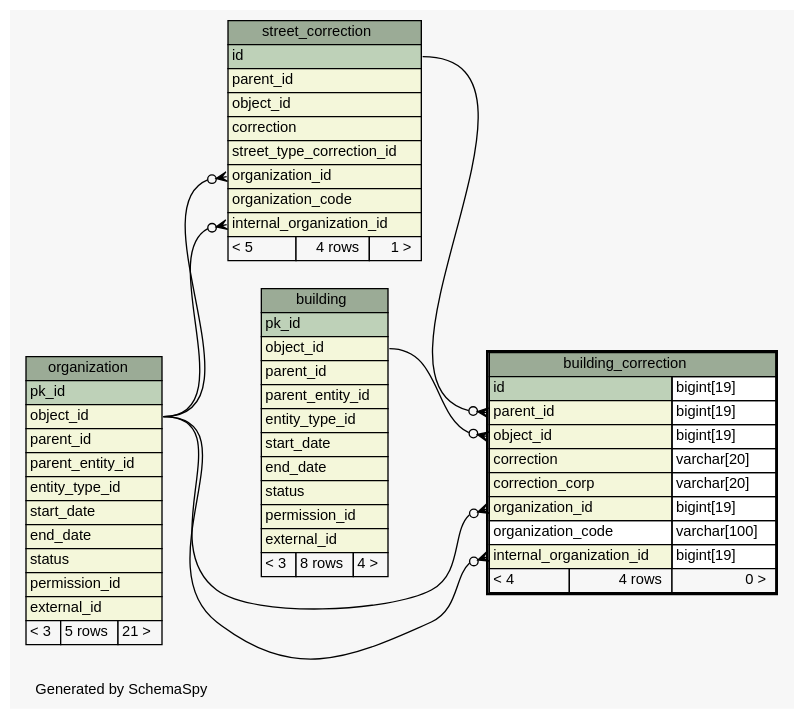
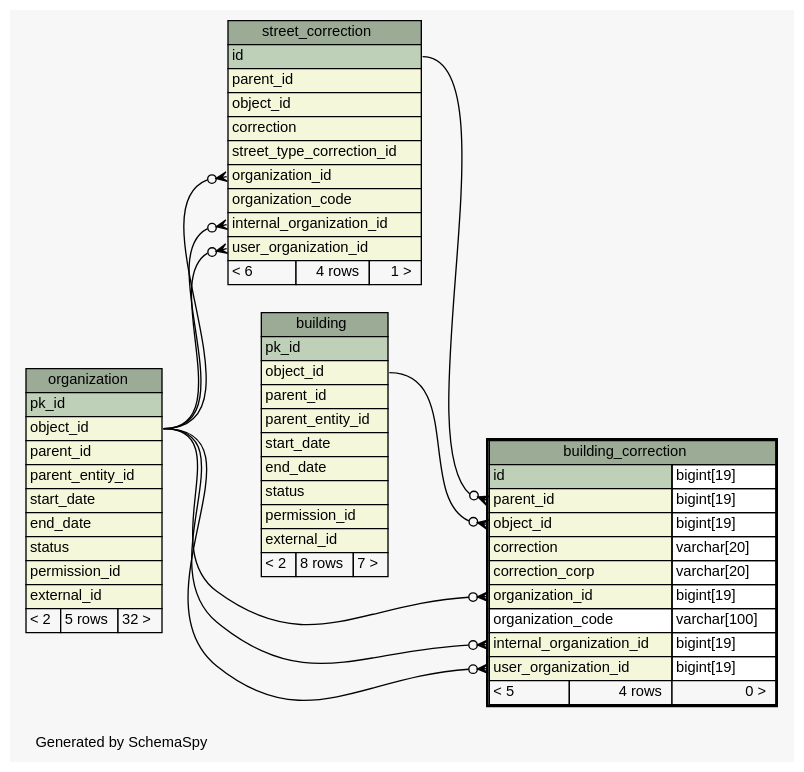
The diagram in osznconnection-db/doc/osznconnection/diagrams/building_correction.1degree.dot (complitex/svn_osznconnection), drawn with Graphviz before and after one commit. The commit also changed 477 other files, not shown here.

Commit message:
Re-generated outdated schema visualization

```diff
--- a/osznconnection-db/doc/osznconnection/diagrams/building_correction.1degree.dot
+++ b/osznconnection-db/doc/osznconnection/diagrams/building_correction.1degree.dot
@@ -1,100 +1,102 @@
 // dot 2.28.0 on Windows 7 6.1
 // SchemaSpy rev 590
 digraph "oneDegreeRelationshipsDiagram" {
   graph [
     rankdir="RL"
     bgcolor="#f7f7f7"
     label="\nGenerated by SchemaSpy"
     labeljust="l"
     nodesep="0.18"
     ranksep="0.46"
     fontname="Helvetica"
     fontsize="11"
   ];
   node [
     fontname="Helvetica"
     fontsize="11"
     shape="plaintext"
   ];
   edge [
     arrowsize="0.8"
   ];
   "building_correction":"internal_organization_id":w -> "organization":"object_id":e [arrowhead=none dir=back arrowtail=crowodot];
   "building_correction":"object_id":w -> "building":"object_id":e [arrowhead=none dir=back arrowtail=crowodot];
   "building_correction":"organization_id":w -> "organization":"object_id":e [arrowhead=none dir=back arrowtail=crowodot];
   "building_correction":"parent_id":w -> "street_correction":"id":e [arrowhead=none dir=back arrowtail=crowodot];
+  "building_correction":"user_organization_id":w -> "organization":"object_id":e [arrowhead=none dir=back arrowtail=crowodot];
   "street_correction":"internal_organization_id":w -> "organization":"object_id":e [arrowhead=none dir=back arrowtail=crowodot];
   "street_correction":"organization_id":w -> "organization":"object_id":e [arrowhead=none dir=back arrowtail=crowodot];
+  "street_correction":"user_organization_id":w -> "organization":"object_id":e [arrowhead=none dir=back arrowtail=crowodot];
   "building" [
     label=<
     <TABLE BORDER="0" CELLBORDER="1" CELLSPACING="0" BGCOLOR="#ffffff">
       <TR><TD COLSPAN="3" BGCOLOR="#9bab96" ALIGN="CENTER">building</TD></TR>
       <TR><TD PORT="pk_id" COLSPAN="3" BGCOLOR="#bed1b8" ALIGN="LEFT">pk_id</TD></TR>
       <TR><TD PORT="object_id" COLSPAN="3" BGCOLOR="#f4f7da" ALIGN="LEFT">object_id</TD></TR>
       <TR><TD PORT="parent_id" COLSPAN="3" BGCOLOR="#f4f7da" ALIGN="LEFT">parent_id</TD></TR>
       <TR><TD PORT="parent_entity_id" COLSPAN="3" BGCOLOR="#f4f7da" ALIGN="LEFT">parent_entity_id</TD></TR>
-      <TR><TD PORT="entity_type_id" COLSPAN="3" BGCOLOR="#f4f7da" ALIGN="LEFT">entity_type_id</TD></TR>
       <TR><TD PORT="start_date" COLSPAN="3" BGCOLOR="#f4f7da" ALIGN="LEFT">start_date</TD></TR>
       <TR><TD PORT="end_date" COLSPAN="3" BGCOLOR="#f4f7da" ALIGN="LEFT">end_date</TD></TR>
       <TR><TD PORT="status" COLSPAN="3" BGCOLOR="#f4f7da" ALIGN="LEFT">status</TD></TR>
       <TR><TD PORT="permission_id" COLSPAN="3" BGCOLOR="#f4f7da" ALIGN="LEFT">permission_id</TD></TR>
       <TR><TD PORT="external_id" COLSPAN="3" BGCOLOR="#f4f7da" ALIGN="LEFT">external_id</TD></TR>
-      <TR><TD ALIGN="LEFT" BGCOLOR="#f7f7f7">&lt; 3</TD><TD ALIGN="RIGHT" BGCOLOR="#f7f7f7">8 rows</TD><TD ALIGN="RIGHT" BGCOLOR="#f7f7f7">4 &gt;</TD></TR>
+      <TR><TD ALIGN="LEFT" BGCOLOR="#f7f7f7">&lt; 2</TD><TD ALIGN="RIGHT" BGCOLOR="#f7f7f7">8 rows</TD><TD ALIGN="RIGHT" BGCOLOR="#f7f7f7">7 &gt;</TD></TR>
     </TABLE>>
     URL="building.html"
     tooltip="building"
   ];
   "building_correction" [
     label=<
     <TABLE BORDER="2" CELLBORDER="1" CELLSPACING="0" BGCOLOR="#ffffff">
       <TR><TD COLSPAN="3" BGCOLOR="#9bab96" ALIGN="CENTER">building_correction</TD></TR>
       <TR><TD PORT="id" COLSPAN="2" BGCOLOR="#bed1b8" ALIGN="LEFT">id</TD><TD PORT="id.type" ALIGN="LEFT">bigint[19]</TD></TR>
       <TR><TD PORT="parent_id" COLSPAN="2" BGCOLOR="#f4f7da" ALIGN="LEFT">parent_id</TD><TD PORT="parent_id.type" ALIGN="LEFT">bigint[19]</TD></TR>
       <TR><TD PORT="object_id" COLSPAN="2" BGCOLOR="#f4f7da" ALIGN="LEFT">object_id</TD><TD PORT="object_id.type" ALIGN="LEFT">bigint[19]</TD></TR>
       <TR><TD PORT="correction" COLSPAN="2" BGCOLOR="#f4f7da" ALIGN="LEFT">correction</TD><TD PORT="correction.type" ALIGN="LEFT">varchar[20]</TD></TR>
       <TR><TD PORT="correction_corp" COLSPAN="2" BGCOLOR="#f4f7da" ALIGN="LEFT">correction_corp</TD><TD PORT="correction_corp.type" ALIGN="LEFT">varchar[20]</TD></TR>
       <TR><TD PORT="organization_id" COLSPAN="2" BGCOLOR="#f4f7da" ALIGN="LEFT">organization_id</TD><TD PORT="organization_id.type" ALIGN="LEFT">bigint[19]</TD></TR>
       <TR><TD PORT="organization_code" COLSPAN="2" ALIGN="LEFT">organization_code</TD><TD PORT="organization_code.type" ALIGN="LEFT">varchar[100]</TD></TR>
       <TR><TD PORT="internal_organization_id" COLSPAN="2" BGCOLOR="#f4f7da" ALIGN="LEFT">internal_organization_id</TD><TD PORT="internal_organization_id.type" ALIGN="LEFT">bigint[19]</TD></TR>
-      <TR><TD ALIGN="LEFT" BGCOLOR="#f7f7f7">&lt; 4</TD><TD ALIGN="RIGHT" BGCOLOR="#f7f7f7">4 rows</TD><TD ALIGN="RIGHT" BGCOLOR="#f7f7f7">0 &gt;</TD></TR>
+      <TR><TD PORT="user_organization_id" COLSPAN="2" BGCOLOR="#f4f7da" ALIGN="LEFT">user_organization_id</TD><TD PORT="user_organization_id.type" ALIGN="LEFT">bigint[19]</TD></TR>
+      <TR><TD ALIGN="LEFT" BGCOLOR="#f7f7f7">&lt; 5</TD><TD ALIGN="RIGHT" BGCOLOR="#f7f7f7">4 rows</TD><TD ALIGN="RIGHT" BGCOLOR="#f7f7f7">0 &gt;</TD></TR>
     </TABLE>>
     URL="building_correction.html"
     tooltip="building_correction"
   ];
   "organization" [
     label=<
     <TABLE BORDER="0" CELLBORDER="1" CELLSPACING="0" BGCOLOR="#ffffff">
       <TR><TD COLSPAN="3" BGCOLOR="#9bab96" ALIGN="CENTER">organization</TD></TR>
       <TR><TD PORT="pk_id" COLSPAN="3" BGCOLOR="#bed1b8" ALIGN="LEFT">pk_id</TD></TR>
       <TR><TD PORT="object_id" COLSPAN="3" BGCOLOR="#f4f7da" ALIGN="LEFT">object_id</TD></TR>
       <TR><TD PORT="parent_id" COLSPAN="3" BGCOLOR="#f4f7da" ALIGN="LEFT">parent_id</TD></TR>
       <TR><TD PORT="parent_entity_id" COLSPAN="3" BGCOLOR="#f4f7da" ALIGN="LEFT">parent_entity_id</TD></TR>
-      <TR><TD PORT="entity_type_id" COLSPAN="3" BGCOLOR="#f4f7da" ALIGN="LEFT">entity_type_id</TD></TR>
       <TR><TD PORT="start_date" COLSPAN="3" BGCOLOR="#f4f7da" ALIGN="LEFT">start_date</TD></TR>
       <TR><TD PORT="end_date" COLSPAN="3" BGCOLOR="#f4f7da" ALIGN="LEFT">end_date</TD></TR>
       <TR><TD PORT="status" COLSPAN="3" BGCOLOR="#f4f7da" ALIGN="LEFT">status</TD></TR>
       <TR><TD PORT="permission_id" COLSPAN="3" BGCOLOR="#f4f7da" ALIGN="LEFT">permission_id</TD></TR>
       <TR><TD PORT="external_id" COLSPAN="3" BGCOLOR="#f4f7da" ALIGN="LEFT">external_id</TD></TR>
-      <TR><TD ALIGN="LEFT" BGCOLOR="#f7f7f7">&lt; 3</TD><TD ALIGN="RIGHT" BGCOLOR="#f7f7f7">5 rows</TD><TD ALIGN="RIGHT" BGCOLOR="#f7f7f7">21 &gt;</TD></TR>
+      <TR><TD ALIGN="LEFT" BGCOLOR="#f7f7f7">&lt; 2</TD><TD ALIGN="RIGHT" BGCOLOR="#f7f7f7">5 rows</TD><TD ALIGN="RIGHT" BGCOLOR="#f7f7f7">32 &gt;</TD></TR>
     </TABLE>>
     URL="organization.html"
     tooltip="organization"
   ];
   "street_correction" [
     label=<
     <TABLE BORDER="0" CELLBORDER="1" CELLSPACING="0" BGCOLOR="#ffffff">
       <TR><TD COLSPAN="3" BGCOLOR="#9bab96" ALIGN="CENTER">street_correction</TD></TR>
       <TR><TD PORT="id" COLSPAN="3" BGCOLOR="#bed1b8" ALIGN="LEFT">id</TD></TR>
       <TR><TD PORT="parent_id" COLSPAN="3" BGCOLOR="#f4f7da" ALIGN="LEFT">parent_id</TD></TR>
       <TR><TD PORT="object_id" COLSPAN="3" BGCOLOR="#f4f7da" ALIGN="LEFT">object_id</TD></TR>
       <TR><TD PORT="correction" COLSPAN="3" BGCOLOR="#f4f7da" ALIGN="LEFT">correction</TD></TR>
       <TR><TD PORT="street_type_correction_id" COLSPAN="3" BGCOLOR="#f4f7da" ALIGN="LEFT">street_type_correction_id</TD></TR>
       <TR><TD PORT="organization_id" COLSPAN="3" BGCOLOR="#f4f7da" ALIGN="LEFT">organization_id</TD></TR>
       <TR><TD PORT="organization_code" COLSPAN="3" BGCOLOR="#f4f7da" ALIGN="LEFT">organization_code</TD></TR>
       <TR><TD PORT="internal_organization_id" COLSPAN="3" BGCOLOR="#f4f7da" ALIGN="LEFT">internal_organization_id</TD></TR>
-      <TR><TD ALIGN="LEFT" BGCOLOR="#f7f7f7">&lt; 5</TD><TD ALIGN="RIGHT" BGCOLOR="#f7f7f7">4 rows</TD><TD ALIGN="RIGHT" BGCOLOR="#f7f7f7">1 &gt;</TD></TR>
+      <TR><TD PORT="user_organization_id" COLSPAN="3" BGCOLOR="#f4f7da" ALIGN="LEFT">user_organization_id</TD></TR>
+      <TR><TD ALIGN="LEFT" BGCOLOR="#f7f7f7">&lt; 6</TD><TD ALIGN="RIGHT" BGCOLOR="#f7f7f7">4 rows</TD><TD ALIGN="RIGHT" BGCOLOR="#f7f7f7">1 &gt;</TD></TR>
     </TABLE>>
     URL="street_correction.html"
     tooltip="street_correction"
   ];
 }
```
